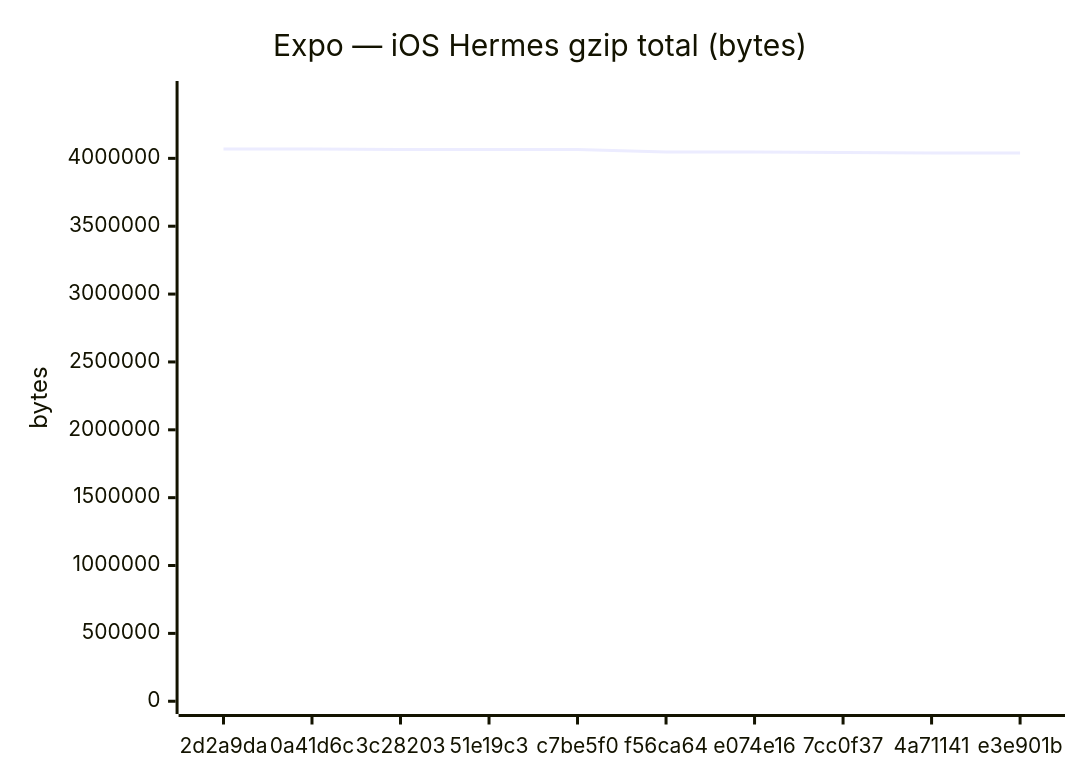
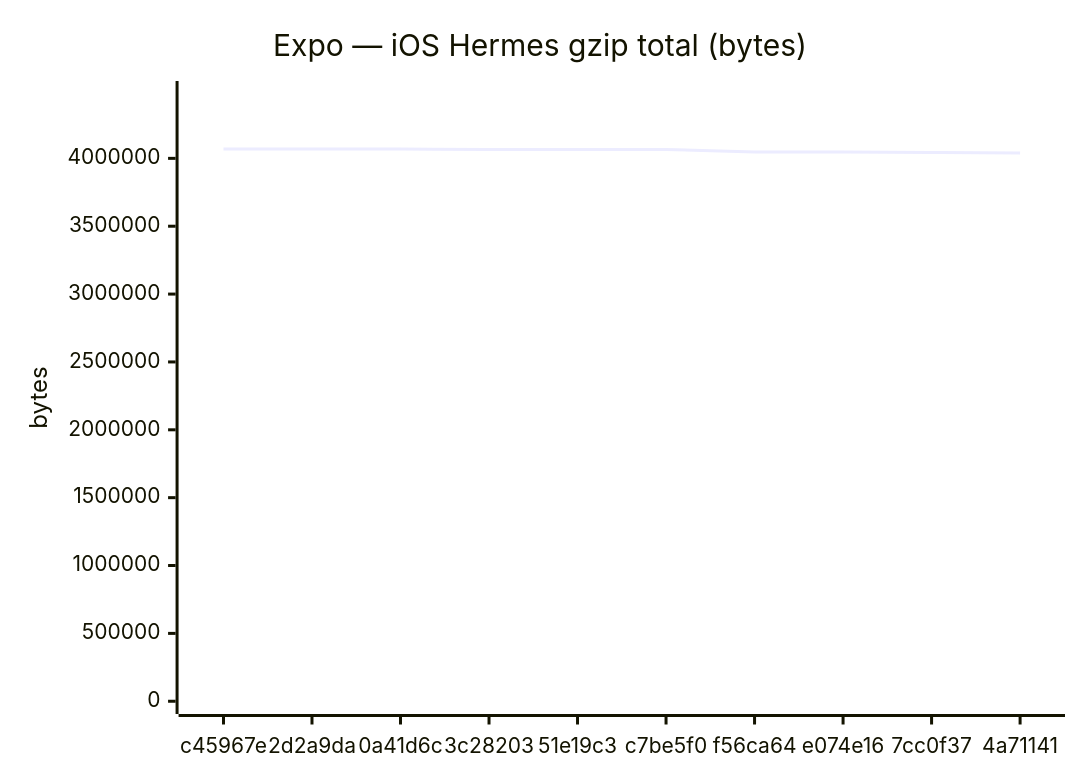
Before and after one commit to Metaheurist/Rianell: the sixth of 18 diagrams in benchmarks/compare.md, drawn with Mermaid. The commit also changed other lines of this file and 11 other files, not shown here.

````diff
--- a/benchmarks/compare.md
+++ b/benchmarks/compare.md
@@ -96,7 +96,7 @@
 ```mermaid
 xychart-beta
     title "Expo — iOS Hermes gzip total (bytes)"
-    x-axis ["2d2a9da", "0a41d6c", "3c28203", "51e19c3", "c7be5f0", "f56ca64", "e074e16", "7cc0f37", "4a71141", "e3e901b"]
-    y-axis "bytes" 0 --> 4476018
-    line [4069106, 4069107, 4065403, 4065816, 4065817, 4047233, 4047234, 4042958, 4039809, 4039179]
+    x-axis ["c45967e", "2d2a9da", "0a41d6c", "3c28203", "51e19c3", "c7be5f0", "f56ca64", "e074e16", "7cc0f37", "4a71141"]
+    y-axis "bytes" 0 --> 4476025
+    line [4069113, 4069106, 4069107, 4065403, 4065816, 4065817, 4047233, 4047234, 4042958, 4039809]
 ```
````
